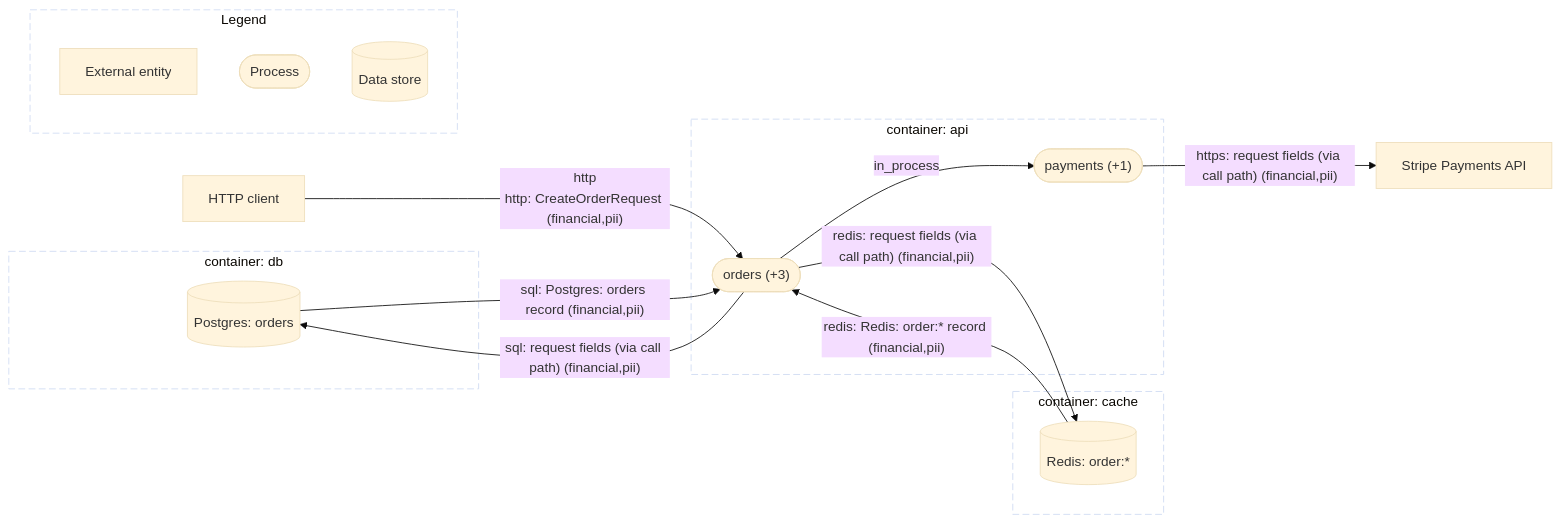
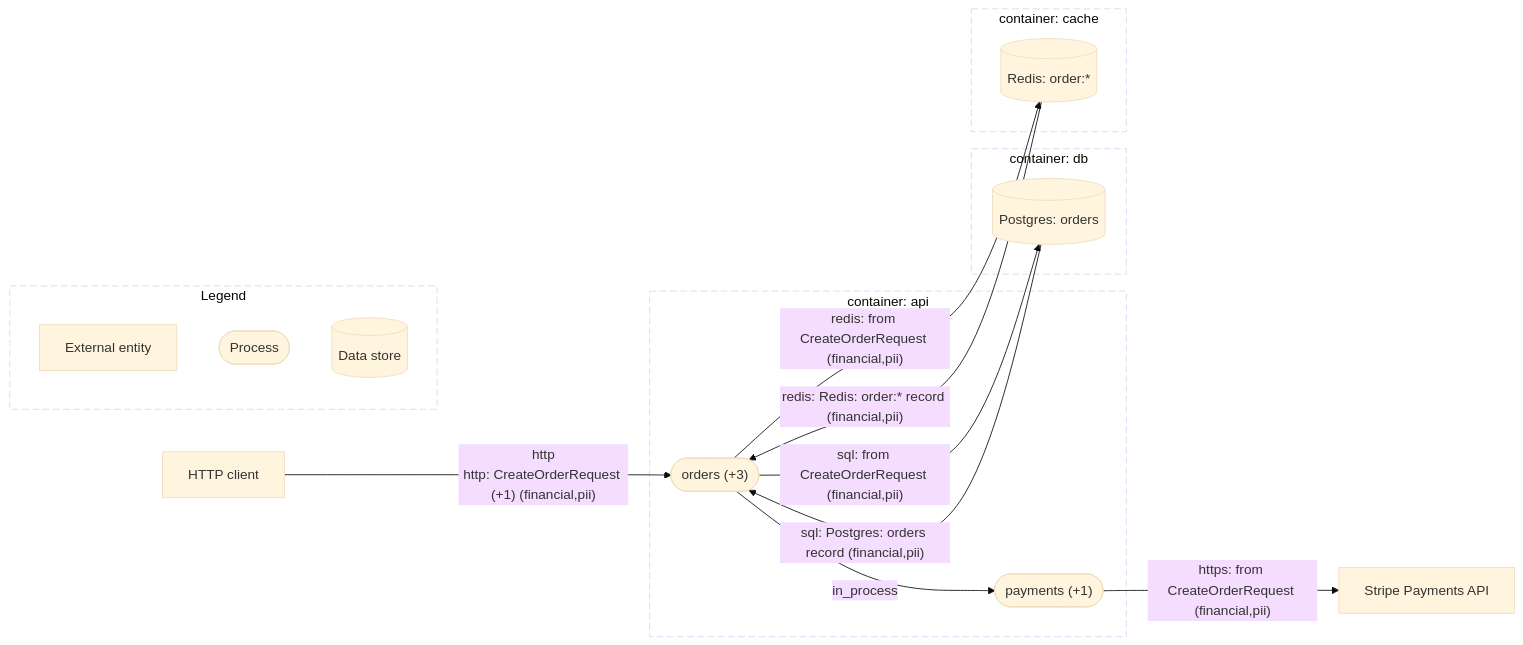
Before and after one commit to AskShri/code2designmapping: the diagram in evaluation/orders-service-example/diagrams/dfd-l1.mmd, drawn with Mermaid (base theme). The commit also changed 525 other files, not shown here.

First line of the commit message:
code2design v0.5: one fact vocabulary, one routing model, class-aware call graph

```diff
--- a/evaluation/orders-service-example/diagrams/dfd-l1.mmd
+++ b/evaluation/orders-service-example/diagrams/dfd-l1.mmd
@@ -1,30 +1,30 @@
-%% L1: orders-service-example
+%% L1 - orders-service-example
 flowchart LR
+  subgraph bnd_uvq3irjstn["container: api"]
+    proc_e2i3iwzq2d(["payments (+1)"])
+    proc_okfd4mheog(["orders (+3)"])
+  end
   subgraph bnd_li56z6okmf["container: db"]
     store_2whm26363j[("Postgres: orders")]
   end
   subgraph bnd_quz6xm3rfj["container: cache"]
     store_ligqz7jge4[("Redis: order:*")]
   end
-  subgraph bnd_uvq3irjstn["container: api"]
-    proc_7hcvlzq6va(["payments (+1)"])
-    proc_tv5mzaefoi(["orders (+3)"])
-  end
   ext_sga4qktkap["HTTP client"]
   ext_slqdx4hifp["Stripe Payments API"]
-  ext_sga4qktkap -->|"http<br/>http: CreateOrderRequest (financial,pii)"| proc_tv5mzaefoi
-  proc_7hcvlzq6va -->|"https: request fields (via call path) (financial,pii)"| ext_slqdx4hifp
-  proc_tv5mzaefoi -->|"in_process"| proc_7hcvlzq6va
-  proc_tv5mzaefoi -->|"sql: request fields (via call path) (financial,pii)"| store_2whm26363j
-  proc_tv5mzaefoi -->|"redis: request fields (via call path) (financial,pii)"| store_ligqz7jge4
-  store_2whm26363j -->|"sql: Postgres: orders record (financial,pii)"| proc_tv5mzaefoi
-  store_ligqz7jge4 -->|"redis: Redis: order:* record (financial,pii)"| proc_tv5mzaefoi
+  ext_sga4qktkap -->|"http<br/>http: CreateOrderRequest (+1) (financial,pii)"| proc_okfd4mheog
+  proc_e2i3iwzq2d -->|"https: from CreateOrderRequest (financial,pii)"| ext_slqdx4hifp
+  proc_okfd4mheog -->|"in_process"| proc_e2i3iwzq2d
+  proc_okfd4mheog -->|"sql: from CreateOrderRequest (financial,pii)"| store_2whm26363j
+  proc_okfd4mheog -->|"redis: from CreateOrderRequest (financial,pii)"| store_ligqz7jge4
+  store_2whm26363j -->|"sql: Postgres: orders record (financial,pii)"| proc_okfd4mheog
+  store_ligqz7jge4 -->|"redis: Redis: order:* record (financial,pii)"| proc_okfd4mheog
+  style bnd_uvq3irjstn stroke-dasharray: 8 4,fill:none
   style bnd_li56z6okmf stroke-dasharray: 8 4,fill:none
   style bnd_quz6xm3rfj stroke-dasharray: 8 4,fill:none
-  style bnd_uvq3irjstn stroke-dasharray: 8 4,fill:none
   subgraph legend["Legend"]
     lg_e["External entity"]
     lg_p(["Process"])
     lg_s[("Data store")]
   end
   style legend stroke-dasharray: 8 4,fill:none
```
